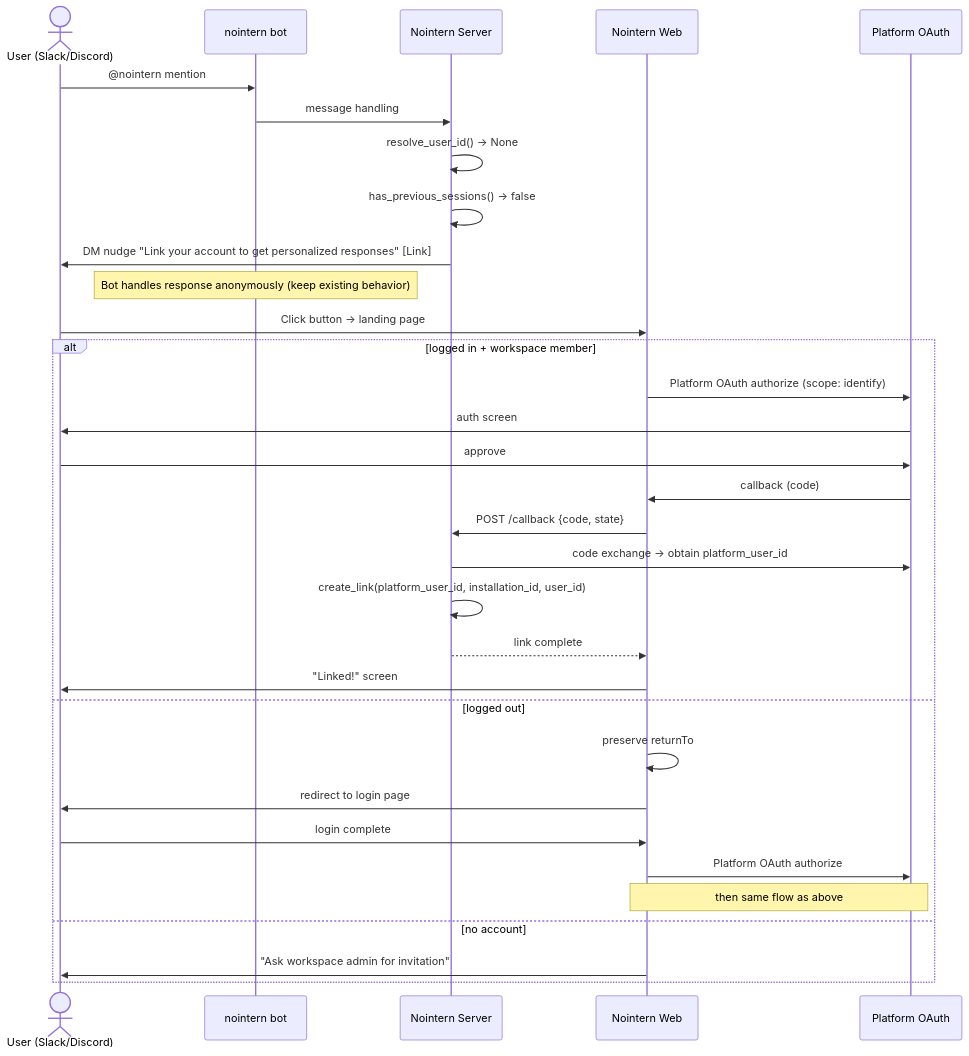
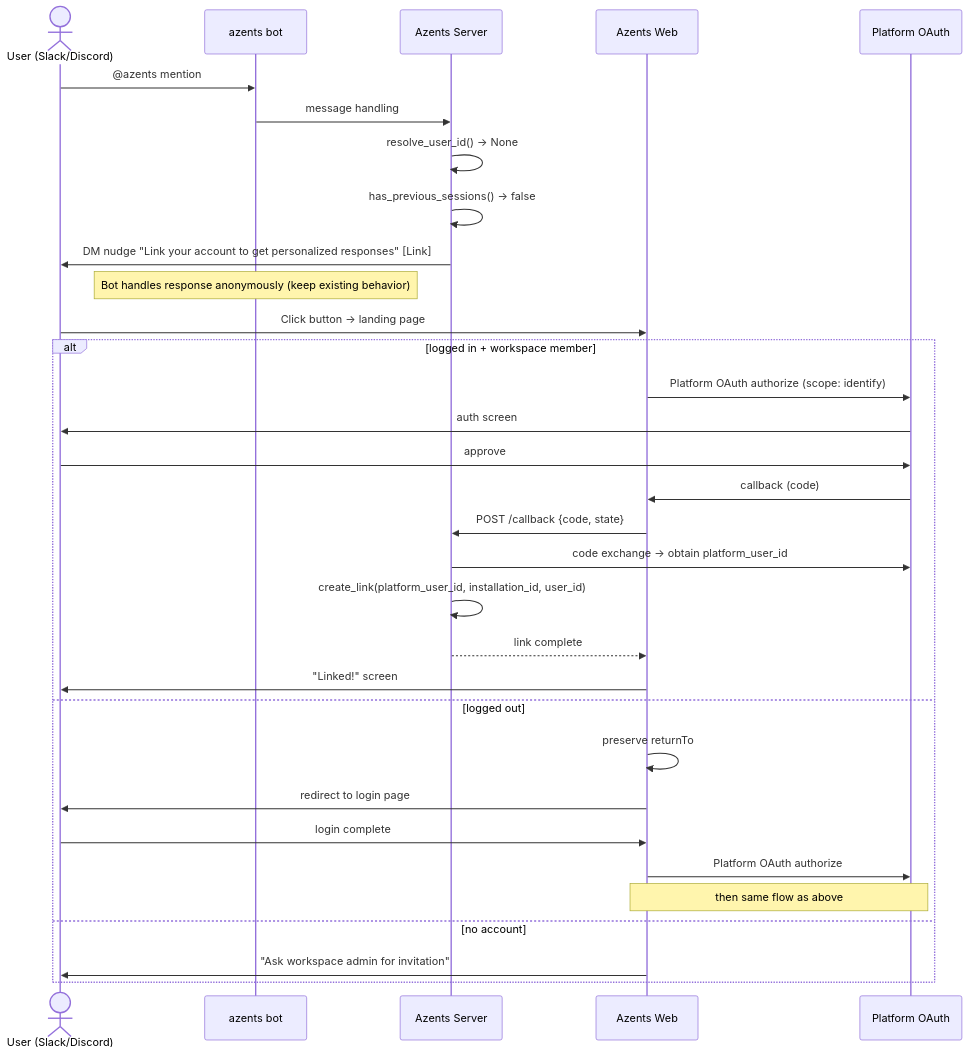
One commit to azents/azents changed the second of 2 diagrams in docs/azents/requirements/account-260315-account-linking.md. Above: the diagram before and after it, drawn with Mermaid. The commit also changed other lines of this file and 245 other files, not shown here.

````diff
--- a/docs/azents/requirements/account-260315-account-linking.md
+++ b/docs/azents/requirements/account-260315-account-linking.md
@@ -78,38 +78,38 @@
 ```mermaid
 sequenceDiagram
     actor U as User (Slack/Discord)
-    participant Bot as nointern bot
-    participant Server as Nointern Server
-    participant Web as Nointern Web
+    participant Bot as azents bot
+    participant Server as Azents Server
+    participant Web as Azents Web
     participant OAuth as Platform OAuth
 
-    U->>Bot: @nointern mention
+    U->>Bot: @azents mention
     Bot->>Server: message handling
     Server->>Server: resolve_user_id() → None
     Server->>Server: has_previous_sessions() → false
     Server->>U: DM nudge "Link your account to get personalized responses" [Link]
 
     Note over Bot: Bot handles response anonymously (keep existing behavior)
 
     U->>Web: Click button → landing page
 
     alt logged in + workspace member
         Web->>OAuth: Platform OAuth authorize (scope: identify)
         OAuth->>U: auth screen
         U->>OAuth: approve
         OAuth->>Web: callback (code)
         Web->>Server: POST /callback {code, state}
         Server->>OAuth: code exchange → obtain platform_user_id
         Server->>Server: create_link(platform_user_id, installation_id, user_id)
         Server-->>Web: link complete
         Web->>U: "Linked!" screen
     else logged out
         Web->>Web: preserve returnTo
         Web->>U: redirect to login page
         U->>Web: login complete
         Web->>OAuth: Platform OAuth authorize
         Note over Web,OAuth: then same flow as above
     else no account
         Web->>U: "Ask workspace admin for invitation"
     end
 ```
````
